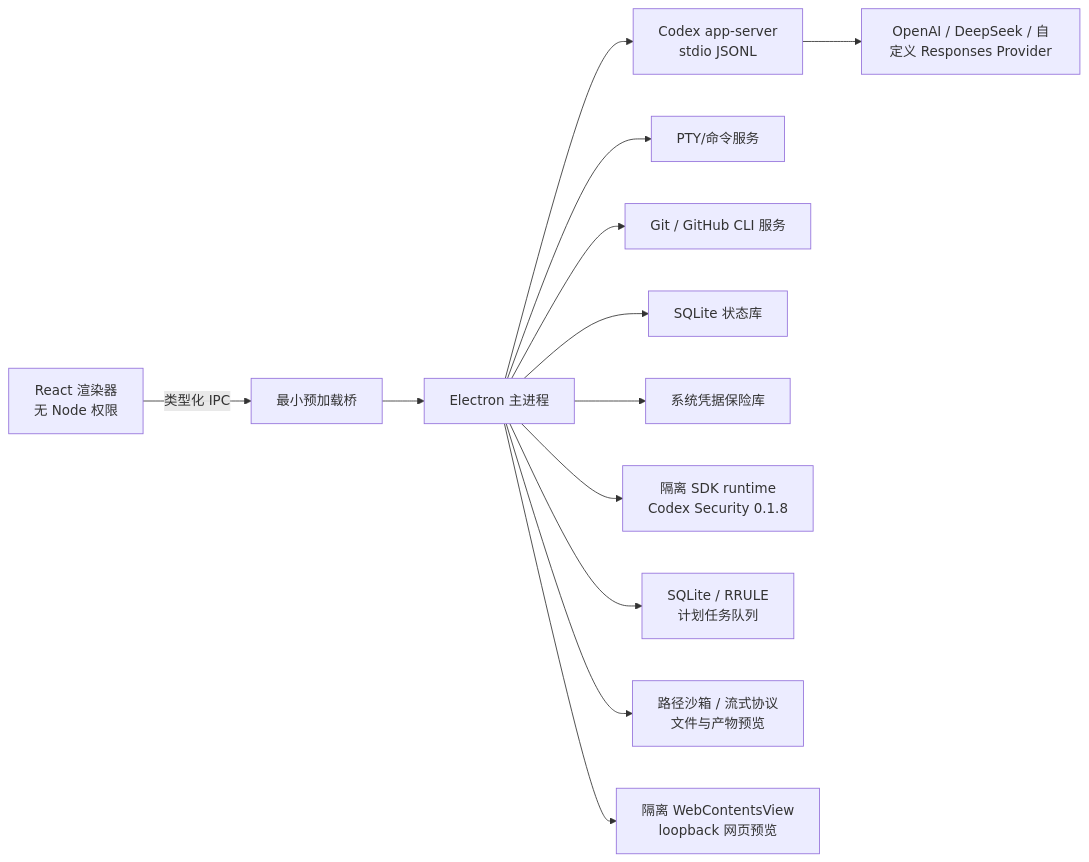
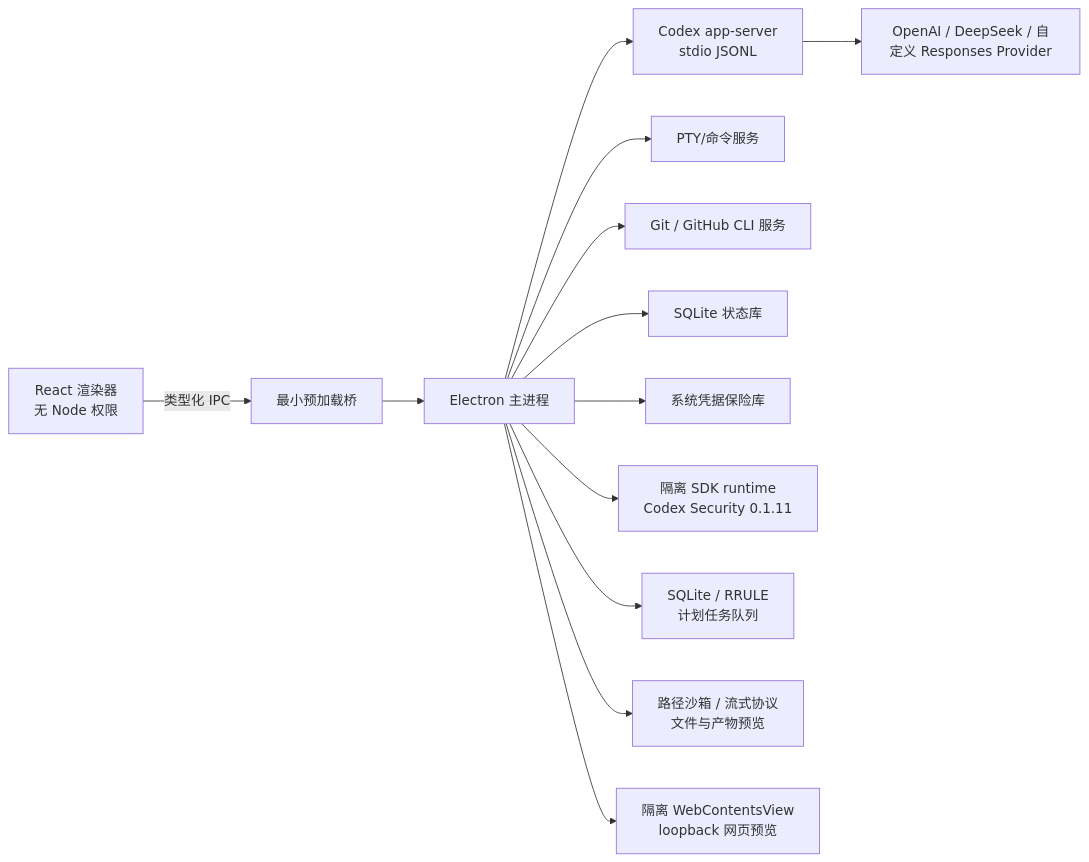
Before and after one commit to xingchen20lj/norevinq-desktop: the diagram in docs/ARCHITECTURE.md, drawn with Mermaid. The commit also changed other lines of this file and 30 other files, not shown here.

````diff
--- a/docs/ARCHITECTURE.md
+++ b/docs/ARCHITECTURE.md
@@ -9,15 +9,15 @@
 ```mermaid
 flowchart LR
   UI["React 渲染器<br/>无 Node 权限"] -->|"类型化 IPC"| Preload["最小预加载桥"]
   Preload --> Main["Electron 主进程"]
   Main --> Runtime["Codex app-server<br/>stdio JSONL"]
   Main --> PTY["PTY/命令服务"]
   Main --> Git["Git / GitHub CLI 服务"]
   Main --> DB["SQLite 状态库"]
   Main --> Keys["系统凭据保险库"]
-  Main --> Security["隔离 SDK runtime<br/>Codex Security 0.1.8"]
+  Main --> Security["隔离 SDK runtime<br/>Codex Security 0.1.11"]
   Main --> Scheduler["SQLite / RRULE<br/>计划任务队列"]
   Main --> Files["路径沙箱 / 流式协议<br/>文件与产物预览"]
   Main --> Browser["隔离 WebContentsView<br/>loopback 网页预览"]
   Runtime --> Providers["OpenAI / DeepSeek / 自定义 Responses Provider"]
 ```
````
